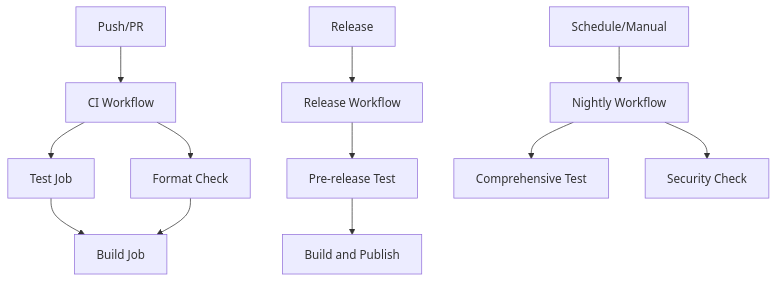
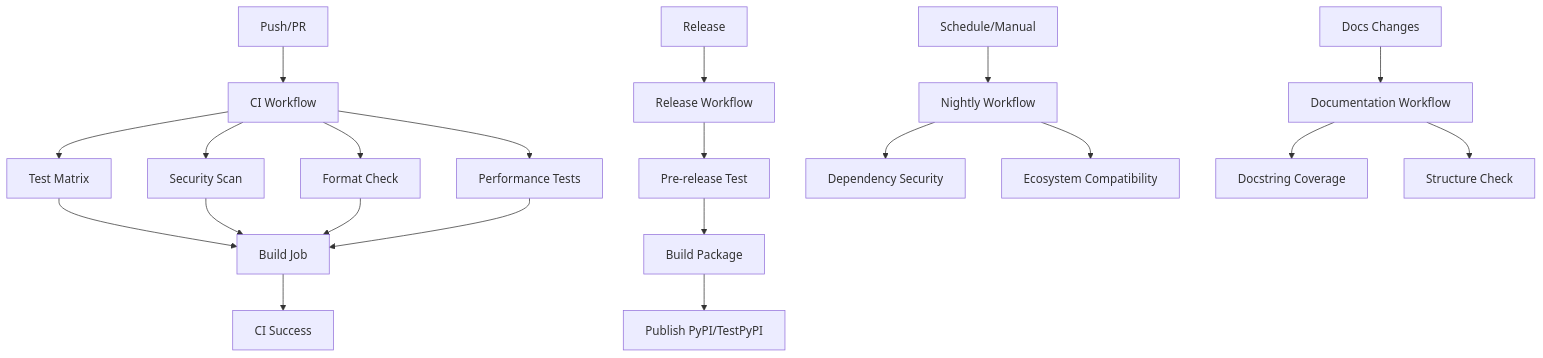
The diagram in .github/workflows/README.md (AlexM1010/FollowWeb), drawn with Mermaid before and after one commit. The commit also changed other lines of this file and 5 other files, not shown here.

````diff
--- a/.github/workflows/README.md
+++ b/.github/workflows/README.md
@@ -104,16 +112,26 @@
 ```mermaid
 graph TD
     A[Push/PR] --> B[CI Workflow]
-    B --> C[Test Job]
-    B --> D[Format Check]
-    C --> E[Build Job]
-    D --> E
+    B --> C[Test Matrix]
+    B --> D[Security Scan]
+    B --> E[Format Check]
+    B --> F[Performance Tests]
+    C --> G[Build Job]
+    D --> G
+    E --> G
+    F --> G
+    G --> H[CI Success]
     
-    F[Release] --> G[Release Workflow]
-    G --> H[Pre-release Test]
-    H --> I[Build and Publish]
+    I[Release] --> J[Release Workflow]
+    J --> K[Pre-release Test]
+    K --> L[Build Package]
+    L --> M[Publish PyPI/TestPyPI]
     
-    J[Schedule/Manual] --> K[Nightly Workflow]
-    K --> L[Comprehensive Test]
-    K --> M[Security Check]
+    N[Schedule/Manual] --> O[Nightly Workflow]
+    O --> P[Dependency Security]
+    O --> Q[Ecosystem Compatibility]
+    
+    R[Docs Changes] --> S[Documentation Workflow]
+    S --> T[Docstring Coverage]
+    S --> U[Structure Check]
 ```
````
